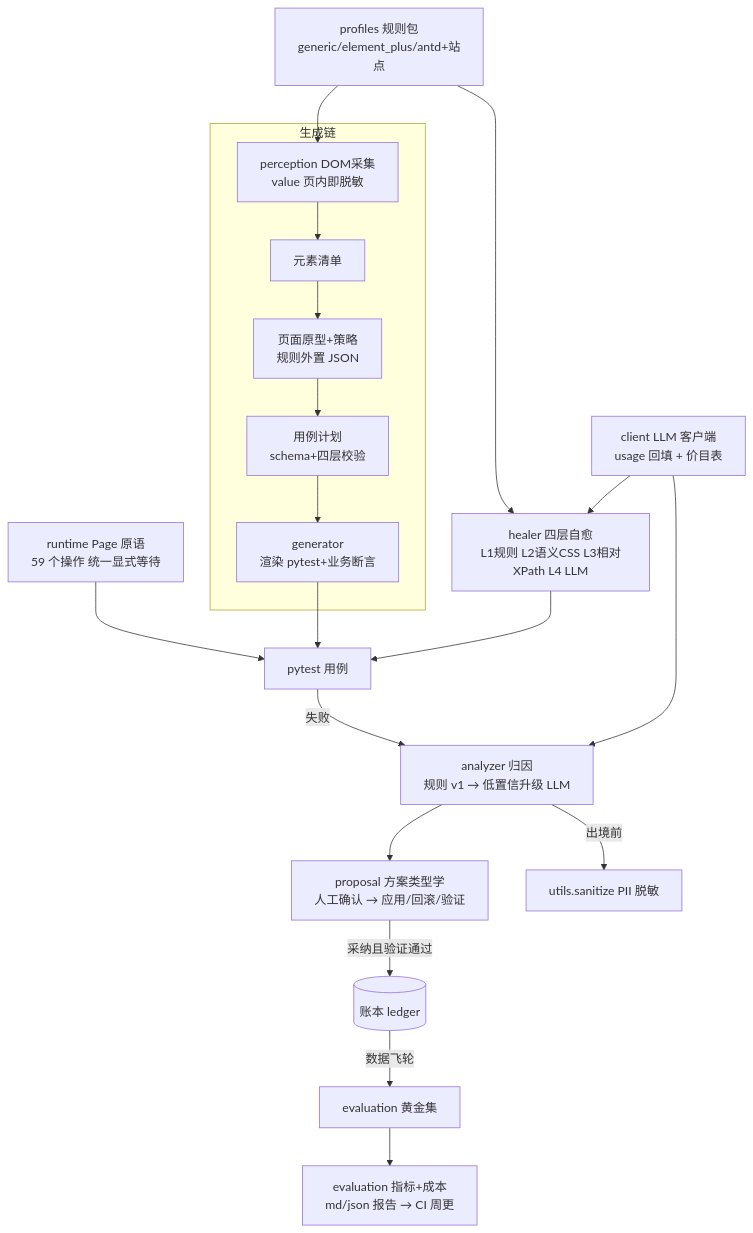
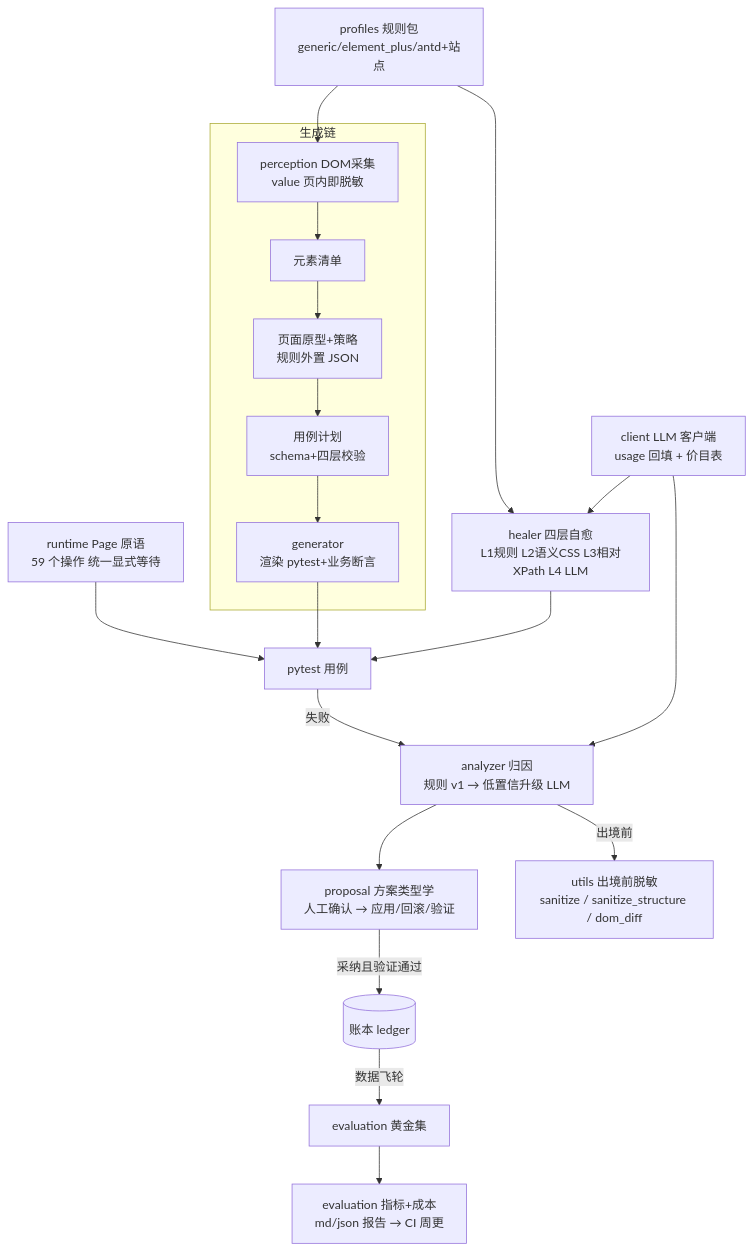
One commit to Jazzzqwq/ai_kit changed the diagram in README.md. Above: the diagram before and after it, drawn with Mermaid. The commit also changed other lines of this file and 3 other files, not shown here.

````diff
--- a/README.md
+++ b/README.md
@@ -27,19 +27,19 @@
 ```mermaid
 flowchart TD
     subgraph 生成链
         PC[perception DOM采集<br/>value 页内即脱敏] --> IV[元素清单] --> AR[页面原型+策略<br/>规则外置 JSON] --> PL[用例计划<br/>schema+四层校验] --> GN[generator<br/>渲染 pytest+业务断言]
     end
     RT[runtime Page 原语<br/>59 个操作 统一显式等待] --> TESTS[pytest 用例]
     GN --> TESTS
     TESTS -- 失败 --> AN[analyzer 归因<br/>规则 v1 → 低置信升级 LLM]
     AN --> PR[proposal 方案类型学<br/>人工确认 → 应用/回滚/验证]
     PR -- 采纳且验证通过 --> LG[(账本 ledger)]
     LG -- 数据飞轮 --> GD[evaluation 黄金集]
     HL[healer 四层自愈<br/>L1规则 L2语义CSS L3相对XPath L4 LLM] --> TESTS
     PF[profiles 规则包<br/>generic/element_plus/antd+站点] --> PC
     PF --> HL
-    AN -- 出境前 --> SA[utils.sanitize PII 脱敏]
+    AN -- 出境前 --> SA[utils 出境前脱敏<br/>sanitize / sanitize_structure / dom_diff]
     LLM[client LLM 客户端<br/>usage 回填 + 价目表] --> AN
     LLM --> HL
     GD --> EV[evaluation 指标+成本<br/>md/json 报告 → CI 周更]
 ```
````
